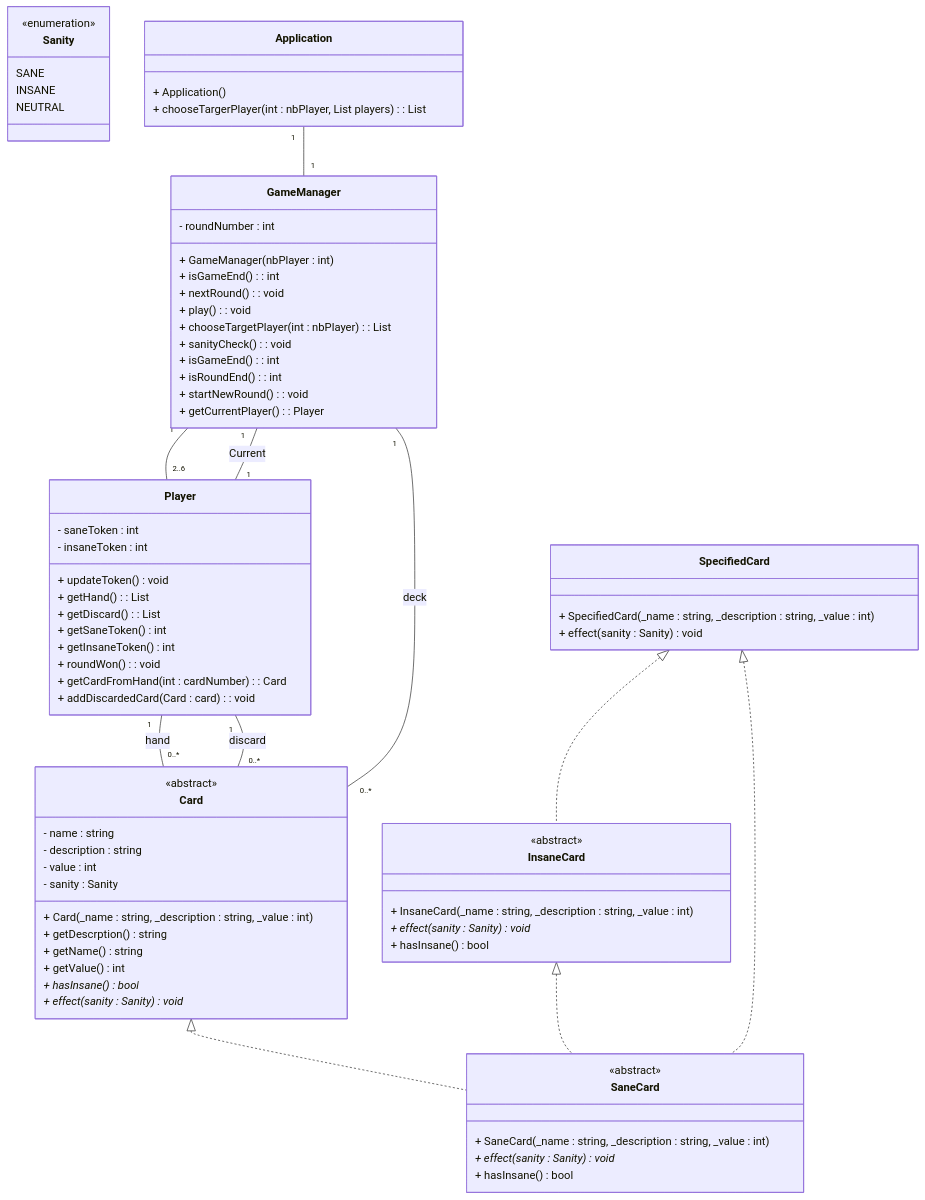
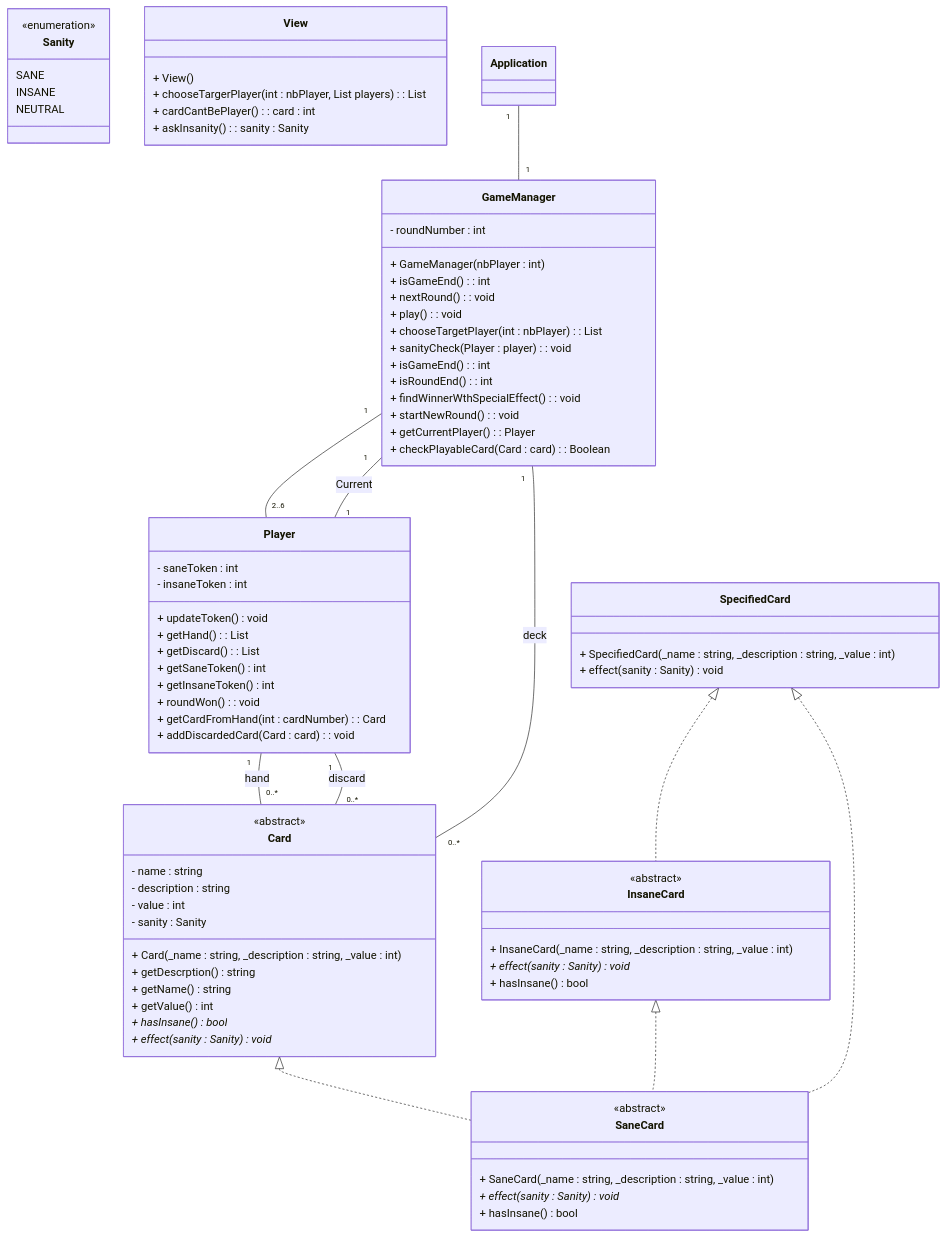
One commit to Marsevil/LovecraftLetter_IA changed the diagram in docs/uml.mmd. Above: the diagram before and after it, drawn with Mermaid.

Commit message:
docs(*) : Update documentation
- Update GameManager documentation with new functions.
- Application -> View
- Update View documentation in order for a future implementation.

main

```diff
--- a/docs/uml.mmd
+++ b/docs/uml.mmd
@@ -1,86 +1,90 @@
 classDiagram
     class Sanity {
     <<enumeration>>
         SANE
         INSANE
         NEUTRAL
     }
 
     class Card {
     <<abstract>>
         - name : string
         - description : string
         - value : int
         - sanity : Sanity
 
         + Card(_name : string, _description : string, _value : int)
         + getDescrption() string
         + getName() string
         + getValue() int
         + hasInsane()* bool
         + effect(sanity : Sanity)* void
     }
 
     class SaneCard {
     <<abstract>>
         + SaneCard(_name : string, _description : string, _value : int)
         + effect(sanity : Sanity)* void
         + hasInsane() bool
     }
 
     class InsaneCard {
     <<abstract>>
         + InsaneCard(_name : string, _description : string, _value : int)
         + effect(sanity : Sanity)* void
         + hasInsane() bool
     }
 
     class SpecifiedCard {
         + SpecifiedCard(_name : string, _description : string, _value : int)
         + effect(sanity : Sanity) void
     }
 
     class GameManager {
         - roundNumber : int
 
         + GameManager(nbPlayer : int)
         + isGameEnd() : int
         + nextRound() : void
         + play() : void
         + chooseTargetPlayer(int : nbPlayer) : List<Player>
-        + sanityCheck() : void
+        + sanityCheck(Player : player) : void
         + isGameEnd() : int
         + isRoundEnd() : int
+        + findWinnerWthSpecialEffect() : void
         + startNewRound() : void
         + getCurrentPlayer() : Player
+        + checkPlayableCard(Card : card) : Boolean 
     }
 
     class Player {
         - saneToken : int
         - insaneToken : int
 
         + updateToken() void
         + getHand() : List<Card>
         + getDiscard() : List<Card>
         + getSaneToken() int
         + getInsaneToken() int
         + roundWon() : void
         + getCardFromHand(int : cardNumber) : Card
         + addDiscardedCard(Card : card) : void
     }
 
-    class Application {
-        + Application()
+    class View {
+        + View()
         + chooseTargerPlayer(int : nbPlayer, List<Player> players) : List<Player>
+        + cardCantBePlayer() : card : int
+        + askInsanity() : sanity : Sanity
     }
 
     Card <|.. SaneCard
     InsaneCard <|.. SaneCard
     SpecifiedCard <|.. SaneCard
     SpecifiedCard <|.. InsaneCard
     Player "1" -- "0..*" Card : hand
     Player "1" -- "0..*" Card : discard
     GameManager "1" -- "0..*" Card : deck
     GameManager "1" -- "2..6" Player
     GameManager "1" -- "1" Player : Current
     Application "1" -- "1" GameManager
```
